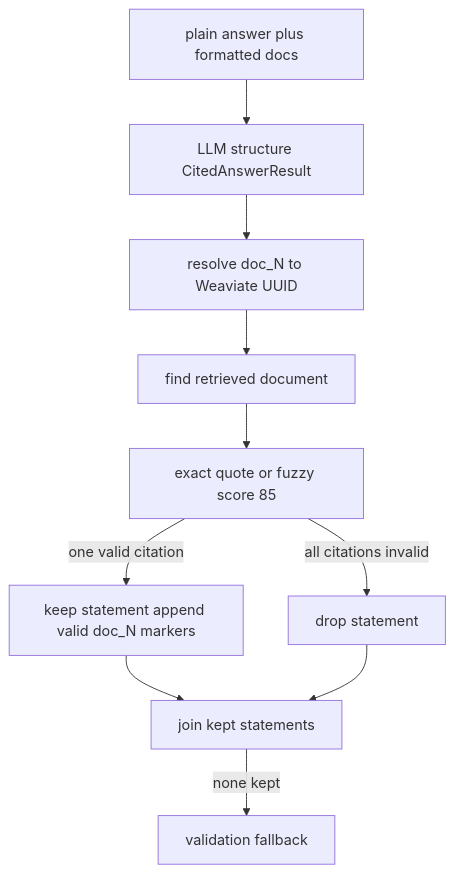
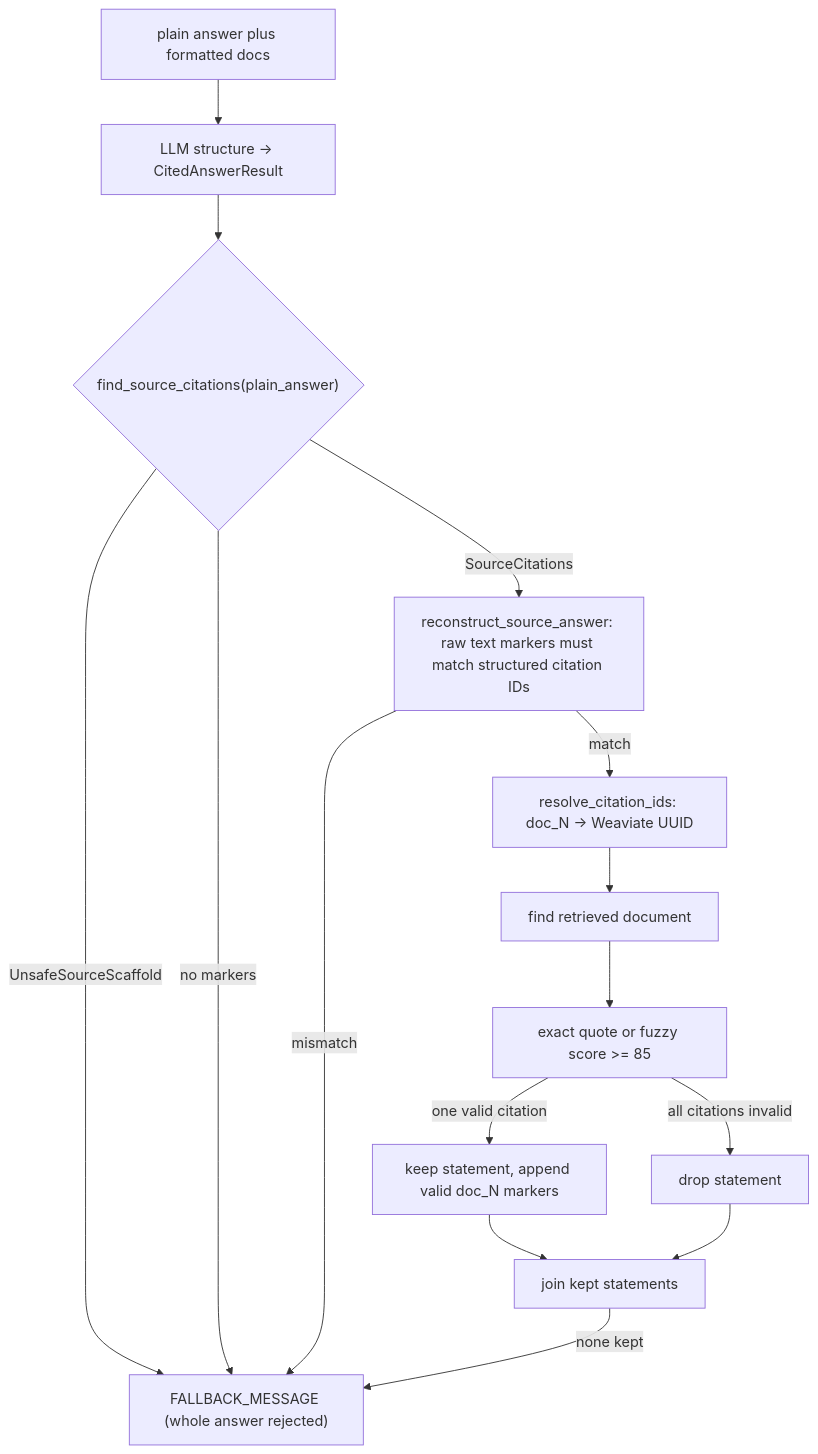
One commit to siddicky/healthcare-rag-langgraph changed the diagram in openwiki/processors/validation.md. Above: the diagram before and after it, drawn with Mermaid. The commit also changed other lines of this file and 4 other files, not shown here.

````diff
--- a/openwiki/processors/validation.md
+++ b/openwiki/processors/validation.md
@@ -12,12 +26,17 @@
 ```mermaid
 flowchart TD
-  P["plain answer plus formatted docs"] --> S["LLM structure CitedAnswerResult"]
-  S --> M["resolve doc_N to Weaviate UUID"]
+  P["plain answer plus formatted docs"] --> S["LLM structure -> CitedAnswerResult"]
+  S --> F1{"find_source_citations(plain_answer)"}
+  F1 -->|"UnsafeSourceScaffold"| FB["FALLBACK_MESSAGE (whole answer rejected)"]
+  F1 -->|"no markers"| FB
+  F1 -->|"SourceCitations"| R["reconstruct_source_answer: raw text markers must match structured citation IDs"]
+  R -->|"mismatch"| FB
+  R -->|"match"| M["resolve_citation_ids: doc_N -> Weaviate UUID"]
   M --> C["find retrieved document"]
-  C --> Q["exact quote or fuzzy score 85"]
-  Q -->|"one valid citation"| K["keep statement append valid doc_N markers"]
+  C --> Q["exact quote or fuzzy score >= 85"]
+  Q -->|"one valid citation"| K["keep statement, append valid doc_N markers"]
   Q -->|"all citations invalid"| D["drop statement"]
   K --> O["join kept statements"]
   D --> O
-  O -->|"none kept"| F["validation fallback"]
+  O -->|"none kept"| FB
 ```
````
